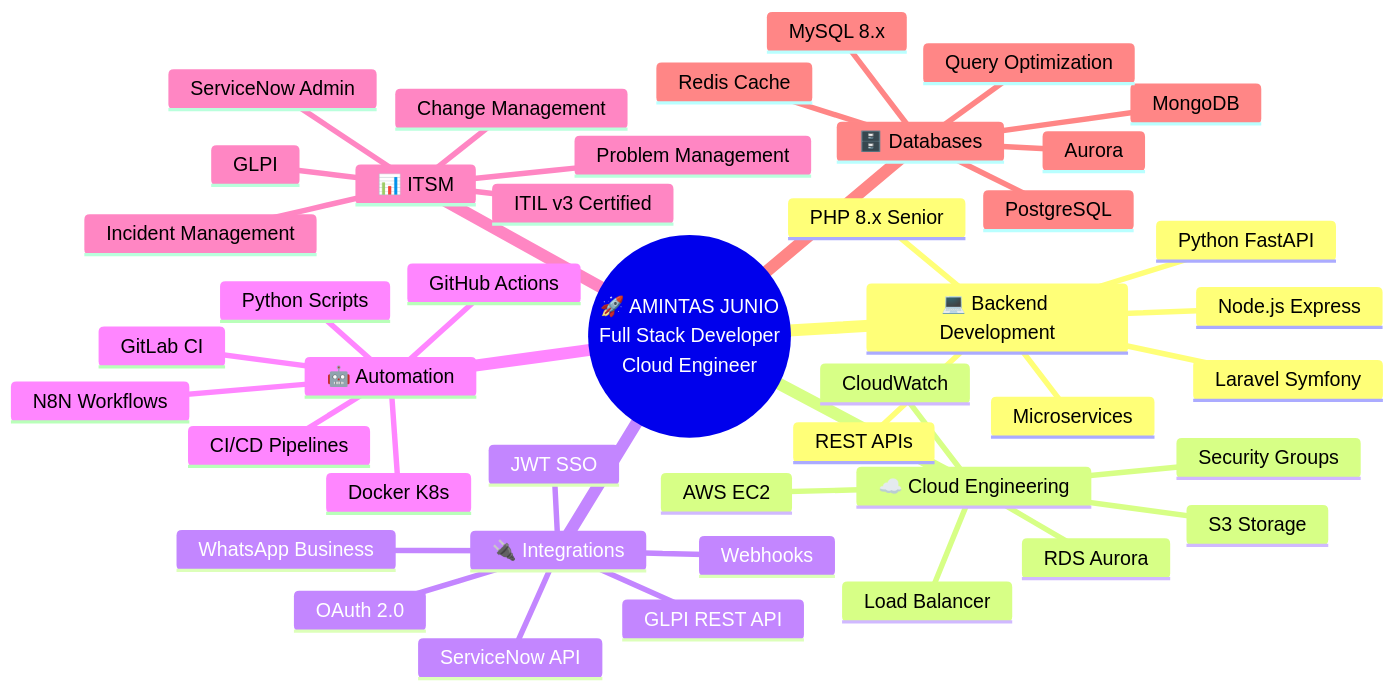
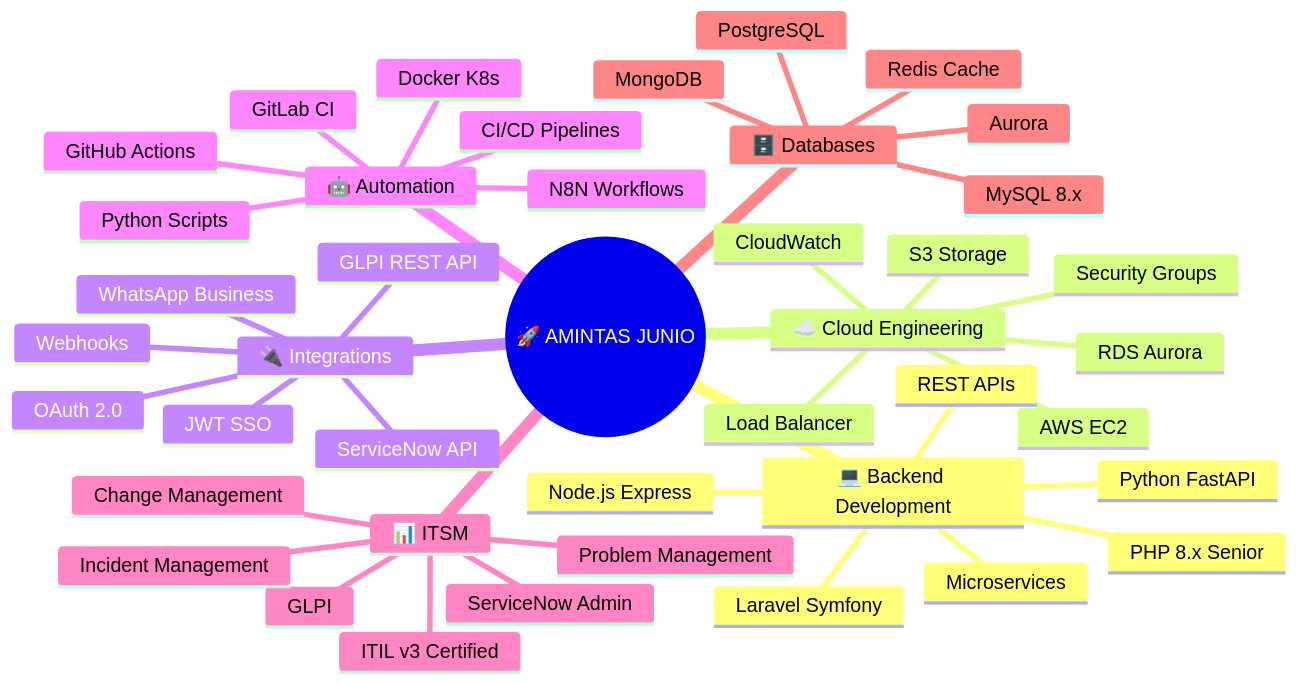
The diagram in README.md (amintasjunio/amintasjunio), drawn with Mermaid before and after one commit.

Commit message:
Refactor mindmap formatting in README.md
Removed unnecessary line breaks from the mindmap section.

````diff
--- a/README.md
+++ b/README.md
@@ -166,47 +166,46 @@
 ```mermaid
 %%{init: {'theme':'default', 'themeVariables': { 'primaryColor':'#ff6b6b','primaryTextColor':'#000000','primaryBorderColor':'#c92a2a','secondaryColor':'#4ecdc4','secondaryTextColor':'#000000','secondaryBorderColor':'#099268','tertiaryColor':'#ffe66d','tertiaryTextColor':'#000000','tertiaryBorderColor':'#f59f00','noteBkgColor':'#a8e6cf','noteTextColor':'#000000','noteBorderColor':'#37b24d','lineColor':'#495057','textColor':'#000000','mainBkg':'#ffffff','fontSize':'18px','fontFamily':'trebuchet ms'}}}%%
 mindmap
-  root((🚀 AMINTAS JUNIO<br/>Full Stack Developer<br/>Cloud Engineer))
+  root((🚀 AMINTAS JUNIO))
     💻 Backend Development
       PHP 8.x Senior
       Node.js Express
       Python FastAPI
       REST APIs
       Microservices
       Laravel Symfony
     ☁️ Cloud Engineering
       AWS EC2
       S3 Storage
       RDS Aurora
       Security Groups
       CloudWatch
       Load Balancer
     🔌 Integrations
       ServiceNow API
       WhatsApp Business
       GLPI REST API
       Webhooks
       OAuth 2.0
       JWT SSO
     🤖 Automation
       N8N Workflows
       CI/CD Pipelines
       Docker K8s
       Python Scripts
       GitLab CI
       GitHub Actions
     📊 ITSM
       ServiceNow Admin
       GLPI
       ITIL v3 Certified
       Incident Management
       Change Management
       Problem Management
     🗄️ Databases
       MySQL 8.x
       PostgreSQL
       Aurora
       MongoDB
       Redis Cache
-      Query Optimization
 ```
````
